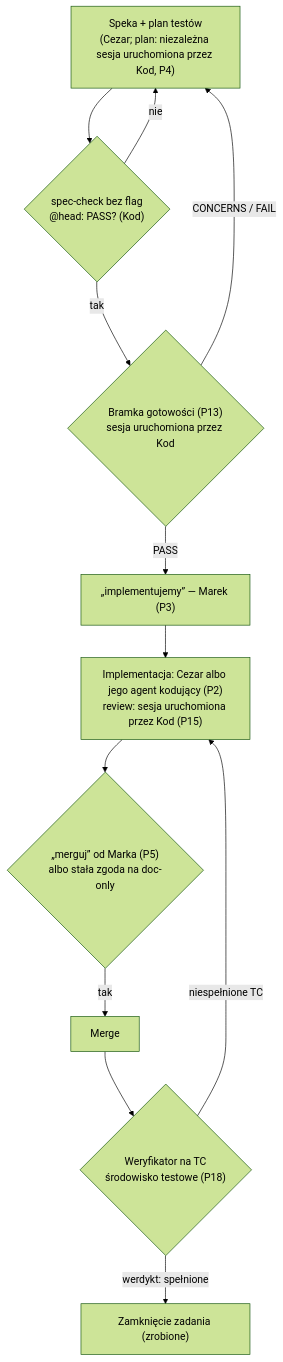
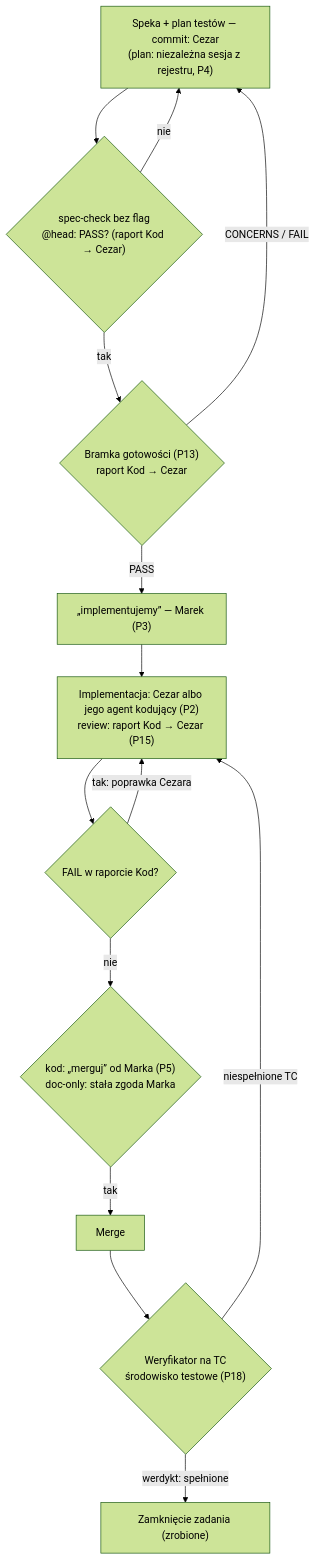
The first of 2 diagrams in .ai/process/workflow.md (AdamskiMarek/open-mercato), drawn with Mermaid (forest theme) before and after one commit. The commit also changed other lines of this file and 2 other files, not shown here.

First line of the commit message:
docs(process): workflow, agent-rules Z2/Z11/Z13, vision — Kod raportuje, Cezar commituje i merguje doc-only (P23, zmiana 2026-10-31)

````diff
--- a/.ai/process/workflow.md
+++ b/.ai/process/workflow.md
@@ -15,14 +19,16 @@
 ```mermaid
 flowchart TD
-    spec["Speka + plan testów<br/>(Cezar; plan: niezależna sesja uruchomiona przez Kod, P4)"] --> sc{"spec-check bez flag<br/>@head: PASS? (Kod)"}
+    spec["Speka + plan testów — commit: Cezar<br/>(plan: niezależna sesja z rejestru, P4)"] --> sc{"spec-check bez flag<br/>@head: PASS? (raport Kod → Cezar)"}
     sc -- "nie" --> spec
-    sc -- "tak" --> gate{"Bramka gotowości (P13)<br/>sesja uruchomiona przez Kod"}
+    sc -- "tak" --> gate{"Bramka gotowości (P13)<br/>raport Kod → Cezar"}
     gate -- "CONCERNS / FAIL" --> spec
     gate -- "PASS" --> impl["„implementujemy” — Marek (P3)"]
-    impl --> code["Implementacja: Cezar albo jego agent kodujący (P2)<br/>review: sesja uruchomiona przez Kod (P15)"]
-    code --> merge{"„merguj” od Marka (P5)<br/>albo stała zgoda na doc-only"}
+    impl --> code["Implementacja: Cezar albo jego agent kodujący (P2)<br/>review: raport Kod → Cezar (P15)"]
+    code --> fail{"FAIL w raporcie Kod?"}
+    fail -- "tak: poprawka Cezara" --> code
+    fail -- "nie" --> merge{"kod: „merguj” od Marka (P5)<br/>doc-only: stała zgoda Marka"}
     merge -- "tak" --> m["Merge"]
     m --> qa{"Weryfikator na TC<br/>środowisko testowe (P18)"}
     qa -- "niespełnione TC" --> code
     qa -- "werdykt: spełnione" --> done["Zamknięcie zadania (zrobione)"]
 ```
````
